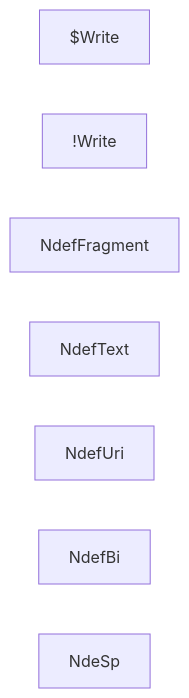
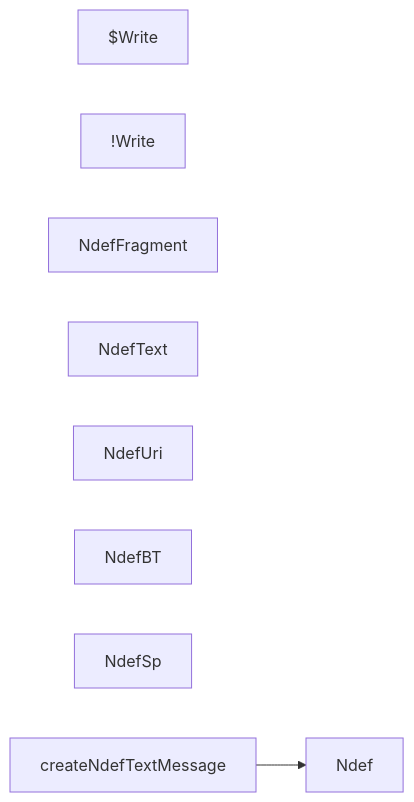
Before and after one commit to gordianknotC/nxp_note: the diagram in nxp/Demo.md, drawn with Mermaid. The commit also changed other lines of this file, not shown here.

Commit message:
nxp/Demo.md updated from https://stackedit.io/

````diff
--- a/nxp/Demo.md
+++ b/nxp/Demo.md
@@ -7,10 +7,12 @@
 ``` mermaid
 graph LR
 $Write
 !Write
 NdefFragment
 NdefText
 NdefUri
-NdefBi
-NdeSp
+NdefBT
+NdefSp
+
+createNdefTextMessage --> Ndef
 ```
````
